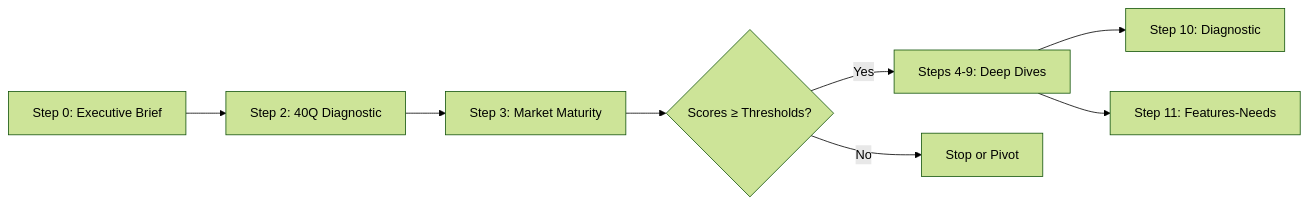
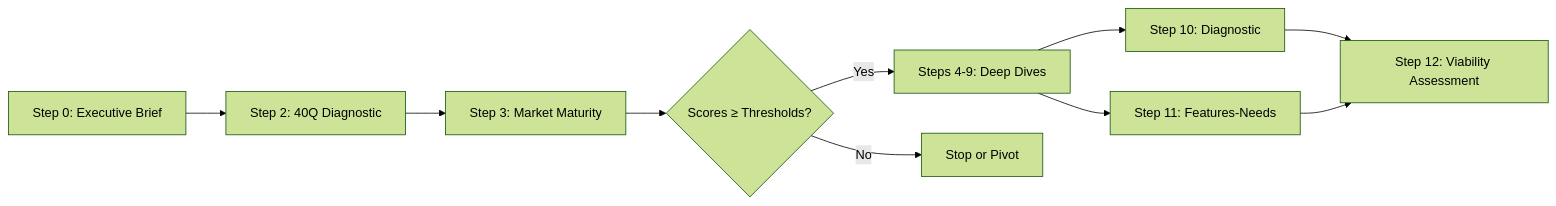
One commit to therealchandlerbing/master-vianeo-repository changed the diagram in README.md. Above: the diagram before and after it, drawn with Mermaid (forest theme). The commit also changed other lines of this file, not shown here.

First line of the commit message:
Add Step 12 references to README

````diff
--- a/README.md
+++ b/README.md
@@ -157,10 +157,12 @@
 ```mermaid
 graph LR
     A[Step 0: Executive Brief] --> B[Step 2: 40Q Diagnostic]
     B --> C[Step 3: Market Maturity]
     C --> D{Scores ≥ Thresholds?}
     D -->|Yes| E[Steps 4-9: Deep Dives]
     D -->|No| F[Stop or Pivot]
     E --> G[Step 10: Diagnostic]
     E --> H[Step 11: Features-Needs]
+    G --> I[Step 12: Viability Assessment]
+    H --> I
 ```
````
